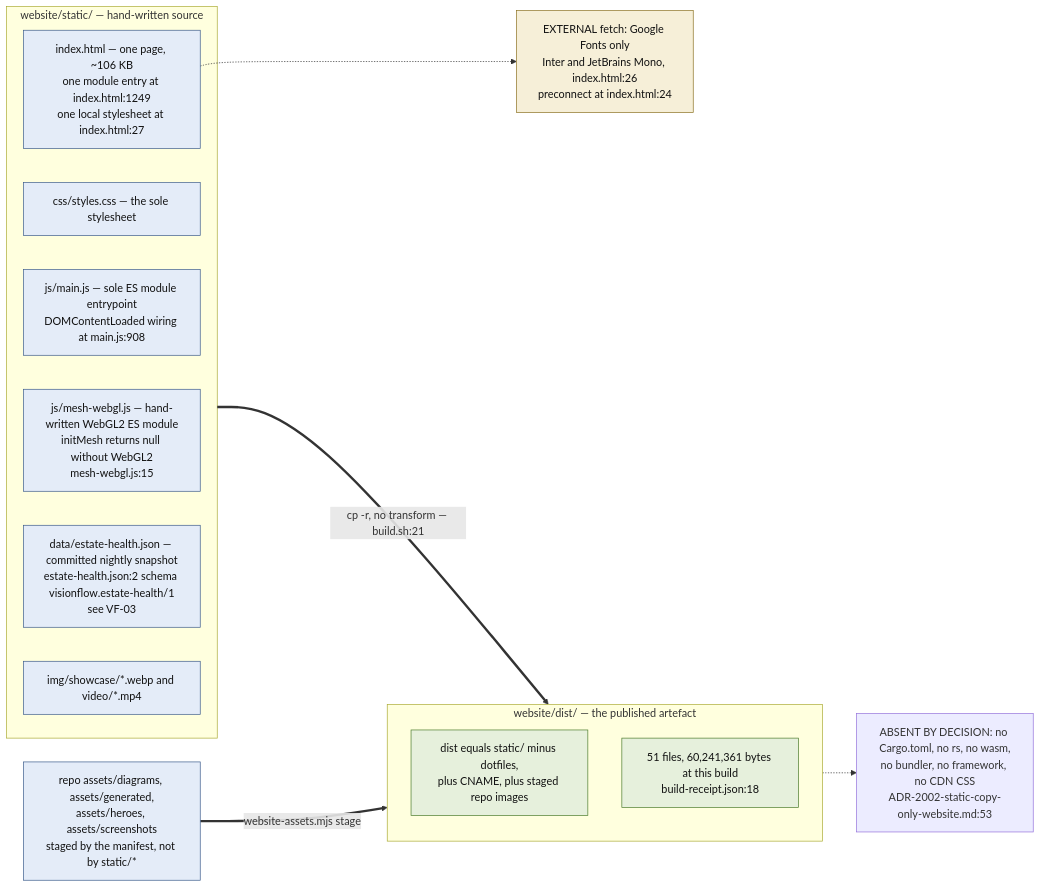
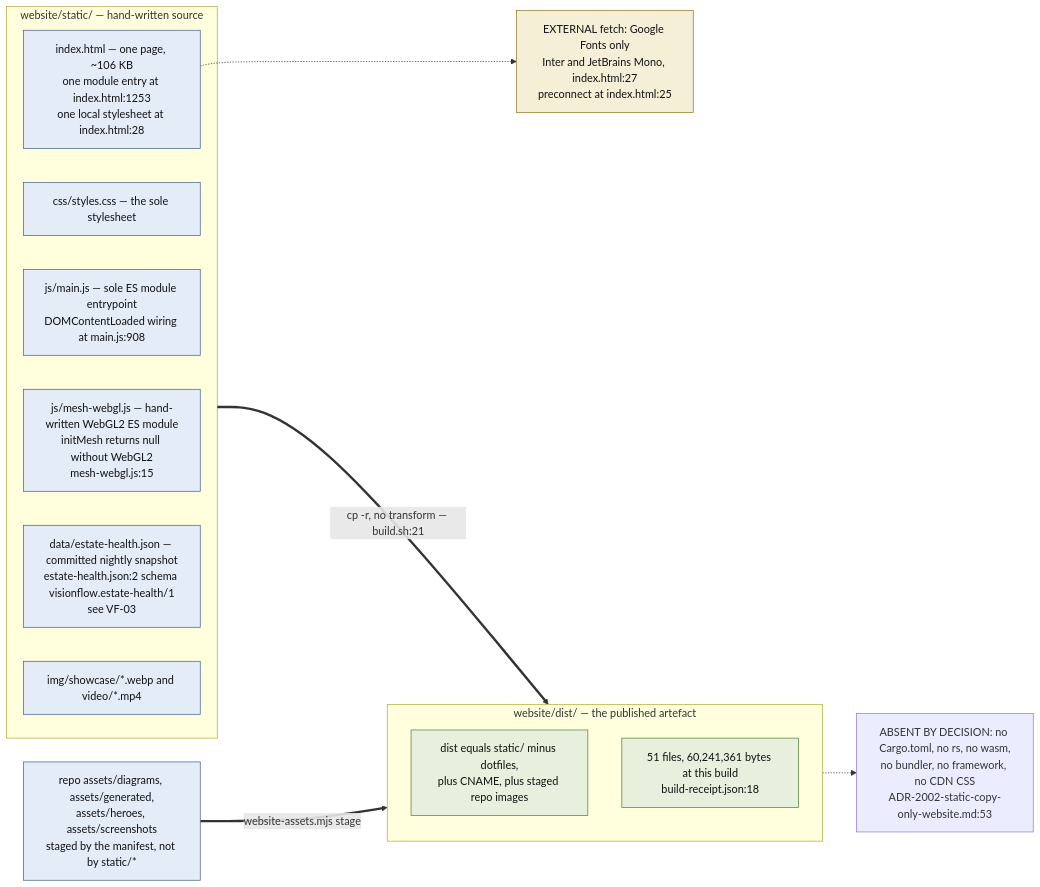
Before and after one commit to DreamLab-AI/VisionFlow: the second of 12 diagrams in docs/diagrams/visionflow/02-website-build-and-deploy.md, drawn with Mermaid. The commit also changed other lines of this file and 80 other files, not shown here.

First line of the commit message:
docs(diagrams): re-verify the agentbox, dreamlab, estate and visionflow corpus against current sources

````diff
--- a/docs/diagrams/visionflow/02-website-build-and-deploy.md
+++ b/docs/diagrams/visionflow/02-website-build-and-deploy.md
@@ -69,30 +69,30 @@
 ```mermaid
 flowchart LR
     classDef src fill:#e4ecf8,stroke:#3a5a8a,color:#111
     classDef out fill:#e6f0dc,stroke:#4a7a2a,color:#111
     classDef ext fill:#f6efd8,stroke:#8a7020,color:#111
 
     subgraph STATIC["website/static/ — hand-written source"]
-        IDX["index.html — one page, ~106 KB<br/>one module entry at index.html:1249<br/>one local stylesheet at index.html:27"]:::src
+        IDX["index.html — one page, ~106 KB<br/>one module entry at index.html:1253<br/>one local stylesheet at index.html:28"]:::src
         CSS["css/styles.css — the sole stylesheet"]:::src
         MAIN["js/main.js — sole ES module entrypoint<br/>DOMContentLoaded wiring at main.js:908"]:::src
         MESH["js/mesh-webgl.js — hand-written WebGL2 ES module<br/>initMesh returns null without WebGL2<br/>mesh-webgl.js:15"]:::src
         DATA["data/estate-health.json — committed nightly snapshot<br/>estate-health.json:2 schema visionflow.estate-health/1<br/>see VF-03"]:::src
         MEDIA["img/showcase/*.webp and video/*.mp4"]:::src
     end
 
     subgraph DIST["website/dist/ — the published artefact"]
         D1["dist equals static/ minus dotfiles,<br/>plus CNAME, plus staged repo images"]:::out
         D2["51 files, 60,241,361 bytes at this build<br/>build-receipt.json:18"]:::out
     end
 
     STATIC ==>|"cp -r, no transform — build.sh:21"| DIST
     ASSETS["repo assets/diagrams, assets/generated,<br/>assets/heroes, assets/screenshots<br/>staged by the manifest, not by static/*"]:::src
     ASSETS ==>|"website-assets.mjs stage"| DIST
 
-    FONTS["EXTERNAL fetch: Google Fonts only<br/>Inter and JetBrains Mono, index.html:26<br/>preconnect at index.html:24"]:::ext
+    FONTS["EXTERNAL fetch: Google Fonts only<br/>Inter and JetBrains Mono, index.html:27<br/>preconnect at index.html:25"]:::ext
     IDX -.-> FONTS
 
     NEG["ABSENT BY DECISION: no Cargo.toml, no rs, no wasm,<br/>no bundler, no framework, no CDN CSS<br/>ADR-2002-static-copy-only-website.md:53"]
     DIST -.-> NEG
 ```
````
